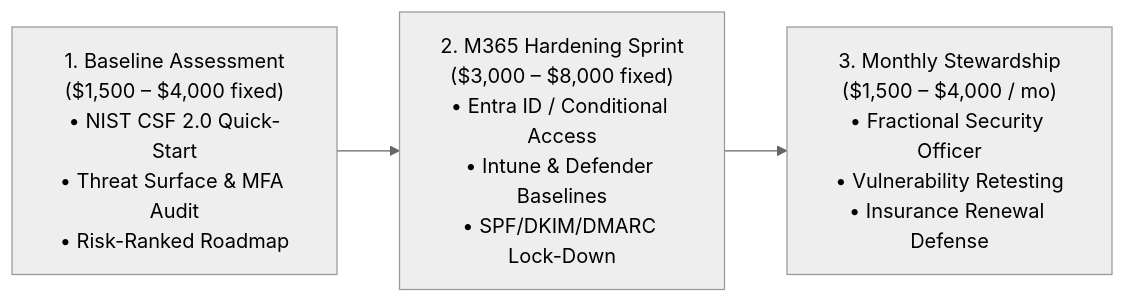
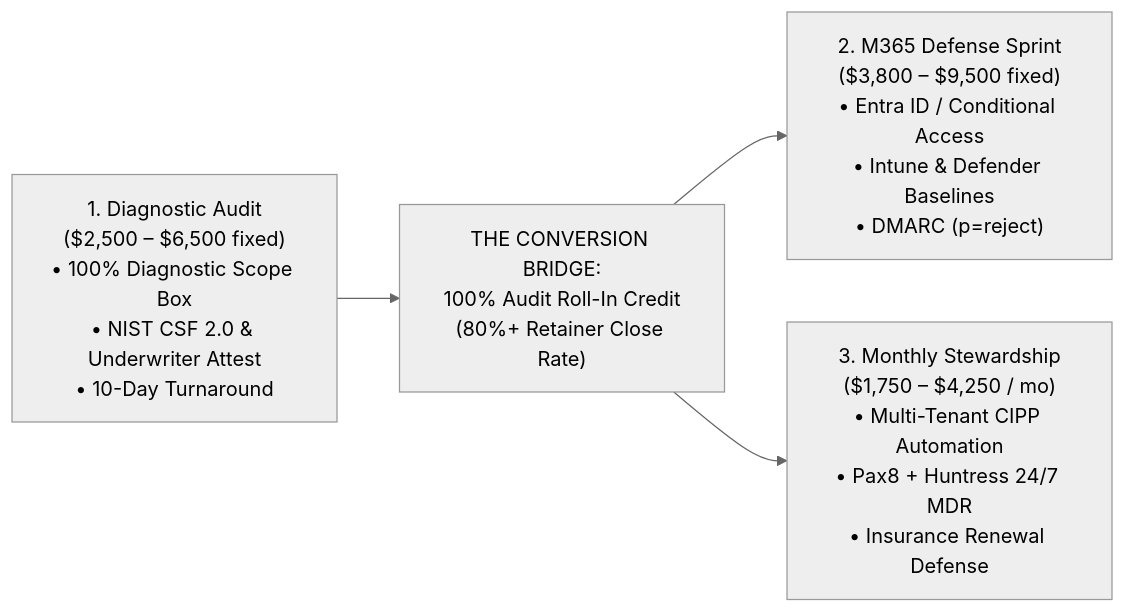
The first of 2 diagrams in README.md (KeenanSec/MorrisonCyberDefense), drawn with Mermaid (neutral theme) before and after one commit. The commit also changed other lines of this file and 2 other files, not shown here.

First line of the commit message:
feat: overhaul business plan and sales playbook with peer founder audit recommendations

````diff
--- a/README.md
+++ b/README.md
@@ -66,5 +66,6 @@
 ```mermaid
 flowchart LR
-    P1["1. Baseline Assessment\n($1,500 – $4,000 fixed)\n• NIST CSF 2.0 Quick-Start\n• Threat Surface & MFA Audit\n• Risk-Ranked Roadmap"] --> P2["2. M365 Hardening Sprint\n($3,000 – $8,000 fixed)\n• Entra ID / Conditional Access\n• Intune & Defender Baselines\n• SPF/DKIM/DMARC Lock-Down"]
-    P2 --> P3["3. Monthly Stewardship\n($1,500 – $4,000 / mo)\n• Fractional Security Officer\n• Vulnerability Retesting\n• Insurance Renewal Defense"]
+    P1["1. Diagnostic Audit\n($2,500 – $6,500 fixed)\n• 100% Diagnostic Scope Box\n• NIST CSF 2.0 & Underwriter Attest\n• 10-Day Turnaround"] --> Bridge["THE CONVERSION BRIDGE:\n100% Audit Roll-In Credit\n(80%+ Retainer Close Rate)"]
+    Bridge --> P2["2. M365 Defense Sprint\n($3,800 – $9,500 fixed)\n• Entra ID / Conditional Access\n• Intune & Defender Baselines\n• DMARC (p=reject)"]
+    Bridge --> P3["3. Monthly Stewardship\n($1,750 – $4,250 / mo)\n• Multi-Tenant CIPP Automation\n• Pax8 + Huntress 24/7 MDR\n• Insurance Renewal Defense"]
 ```
````
